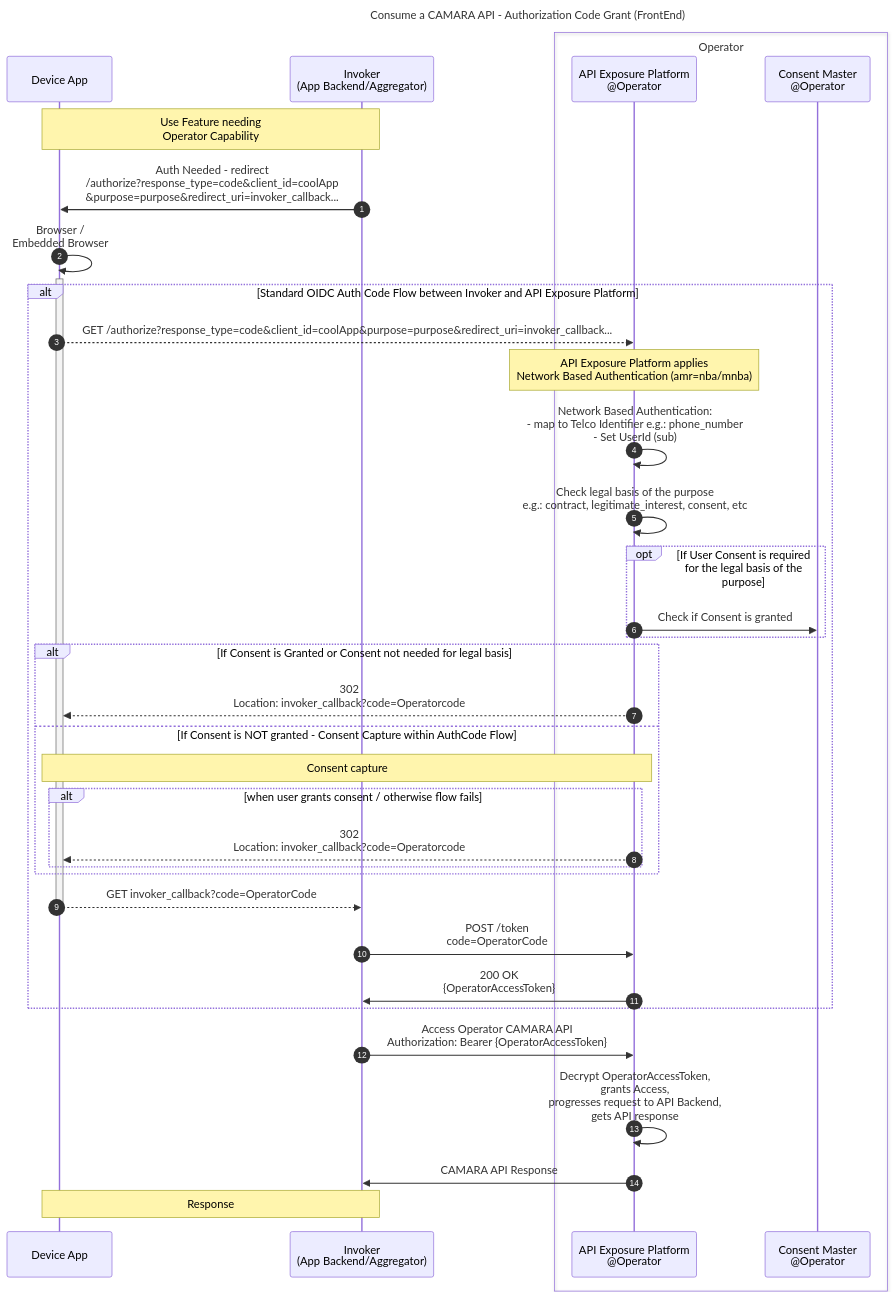
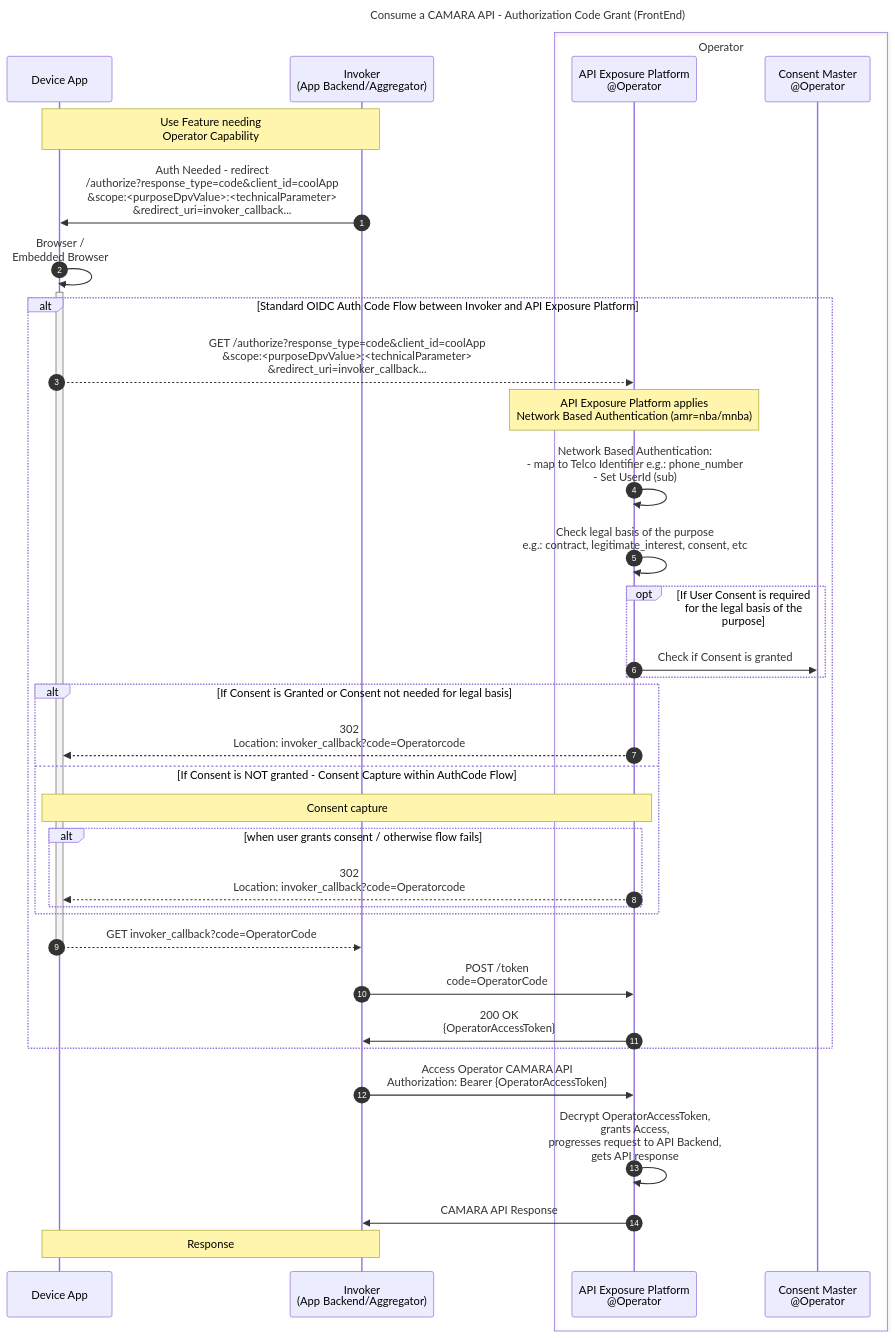
Before and after one commit to camaraproject/IdentityAndConsentManagement: the first of 2 diagrams in documentation/CAMARA-API-access-and-user-consent.md, drawn with Mermaid. The commit also changed other lines of this file, not shown here.

Commit message:
jpengar/issue-32-doc-update-purpose-agreement

````diff
--- a/documentation/CAMARA-API-access-and-user-consent.md
+++ b/documentation/CAMARA-API-access-and-user-consent.md
@@ -96,40 +129,40 @@
 ```mermaid
 sequenceDiagram
 autonumber
 title Consume a CAMARA API - Authorization Code Grant (FrontEnd)
 participant FE as Device App
 participant BE as Invoker<br>(App Backend/Aggregator)
 box Operator
   participant ExpO as API Exposure Platform<br>@Operator
   participant Consent as Consent Master<br>@Operator
 end
 
 Note over FE,BE: Use Feature needing<br>Operator Capability  
-BE->>FE: Auth Needed - redirect <br>/authorize?response_type=code&client_id=coolApp<br>&purpose=purpose&redirect_uri=invoker_callback...
+BE->>FE: Auth Needed - redirect <br>/authorize?response_type=code&client_id=coolApp<br>&scope:<purposeDpvValue>:<technicalParameter><br>&redirect_uri=invoker_callback...
 FE->>+FE: Browser /<br> Embedded Browser
 alt Standard OIDC Auth Code Flow between Invoker and API Exposure Platform
-  FE-->>ExpO: GET /authorize?response_type=code&client_id=coolApp&purpose=purpose&redirect_uri=invoker_callback...
+  FE-->>ExpO: GET /authorize?response_type=code&client_id=coolApp<br>&scope:<purposeDpvValue>:<technicalParameter><br>&redirect_uri=invoker_callback...
   Note over ExpO: API Exposure Platform applies<br>Network Based Authentication (amr=nba/mnba)
   ExpO->>ExpO: Network Based Authentication:<br>- map to Telco Identifier e.g.: phone_number<br>- Set UserId (sub)  
   ExpO->>ExpO: Check legal basis of the purpose<br> e.g.: contract, legitimate_interest, consent, etc 
   opt If User Consent is required for the legal basis of the purpose  
     ExpO->>Consent: Check if Consent is granted    
   end  
   alt If Consent is Granted or Consent not needed for legal basis   
     ExpO-->>FE: 302<br>Location: invoker_callback?code=Operatorcode
   else If Consent is NOT granted - Consent Capture within AuthCode Flow  
     Note over FE,ExpO: Consent capture  
     alt when user grants consent / otherwise flow fails  
       ExpO-->>FE: 302<br>Location: invoker_callback?code=Operatorcode
     end  
   end  
   FE-->>-BE: GET invoker_callback?code=OperatorCode
   BE->>ExpO: POST /token<br> code=OperatorCode
   ExpO->>BE: 200 OK <br> {OperatorAccessToken}
 end
 
 BE->>ExpO: Access Operator CAMARA API <br> Authorization: Bearer {OperatorAccessToken}        
 ExpO->>ExpO: Decrypt OperatorAccessToken,<br>grants Access,<br>progresses request to API Backend,<br>gets API response  
 ExpO->>BE: CAMARA API Response
 Note over BE,FE: Response
 ```
````
